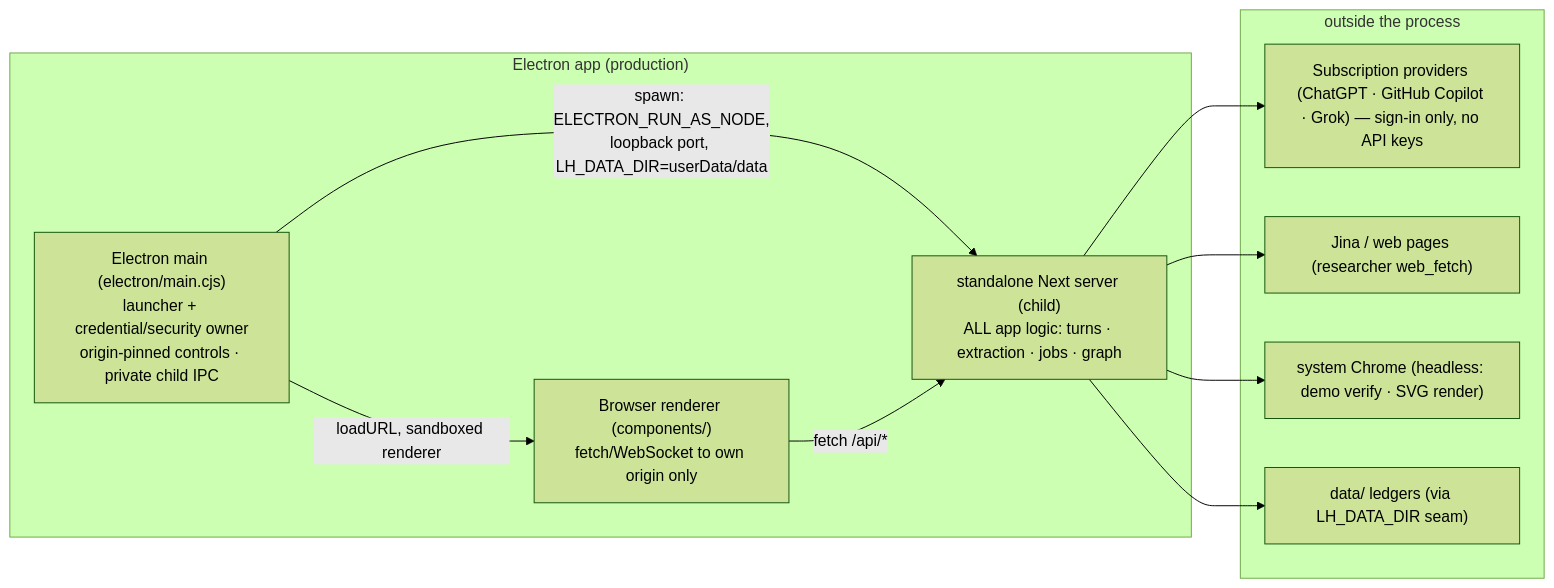
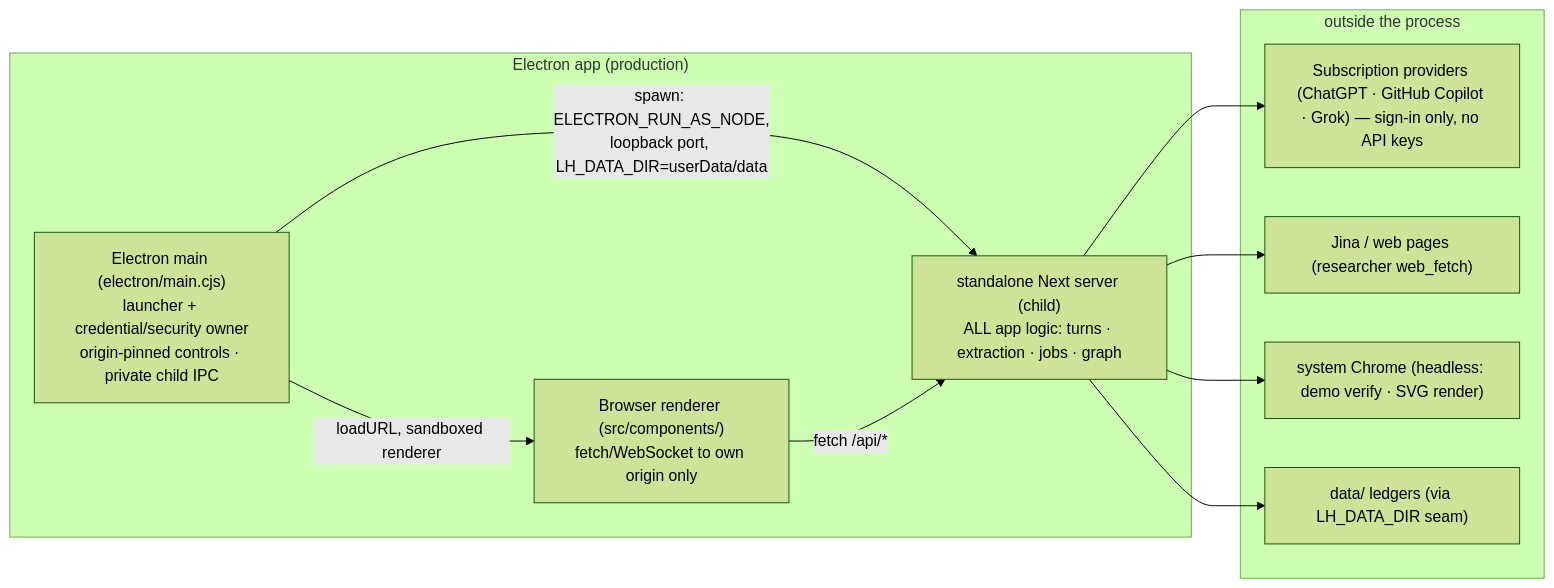
Before and after one commit to bayshores/godspeed: the seventh of 7 diagrams in docs/architecture.md, drawn with Mermaid (forest theme). The commit also changed other lines of this file and 578 other files, not shown here.

````diff
--- a/docs/architecture.md
+++ b/docs/architecture.md
@@ -409,18 +409,18 @@
 ```mermaid
 flowchart LR
     subgraph DESKTOP["Electron app (production)"]
         MAIN["Electron main (electron/main.cjs)<br/>launcher + credential/security owner<br/>origin-pinned controls · private child IPC"] -->|"spawn: ELECTRON_RUN_AS_NODE,<br/>loopback port, LH_DATA_DIR=userData/data"| NEXT["standalone Next server (child)<br/>ALL app logic: turns · extraction · jobs · graph"]
-        MAIN -->|"loadURL, sandboxed renderer"| REND["Browser renderer (components/)<br/>fetch/WebSocket to own origin only"]
+        MAIN -->|"loadURL, sandboxed renderer"| REND["Browser renderer (src/components/)<br/>fetch/WebSocket to own origin only"]
     end
     subgraph OUTSIDE["outside the process"]
         OR["Subscription providers (ChatGPT · GitHub Copilot · Grok) — sign-in only, no API keys"]
         GCSE["Jina / web pages (researcher web_fetch)"]
         CHROME["system Chrome (headless: demo verify · SVG render)"]
         DISK["data/ ledgers (via LH_DATA_DIR seam)"]
     end
     NEXT --> OR
     NEXT --> GCSE
     NEXT --> CHROME
     NEXT --> DISK
     REND -->|"fetch /api/*"| NEXT
 ```
````
